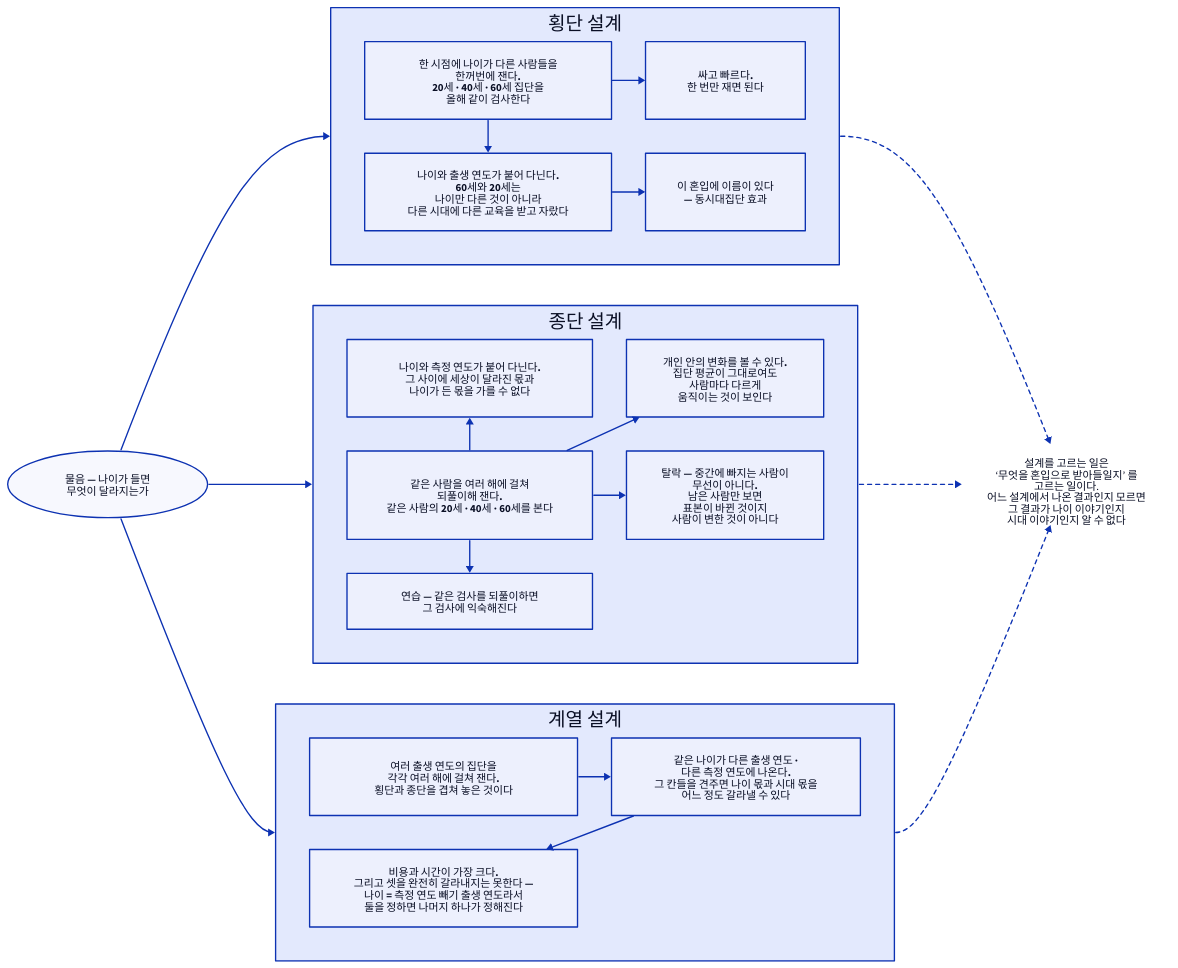
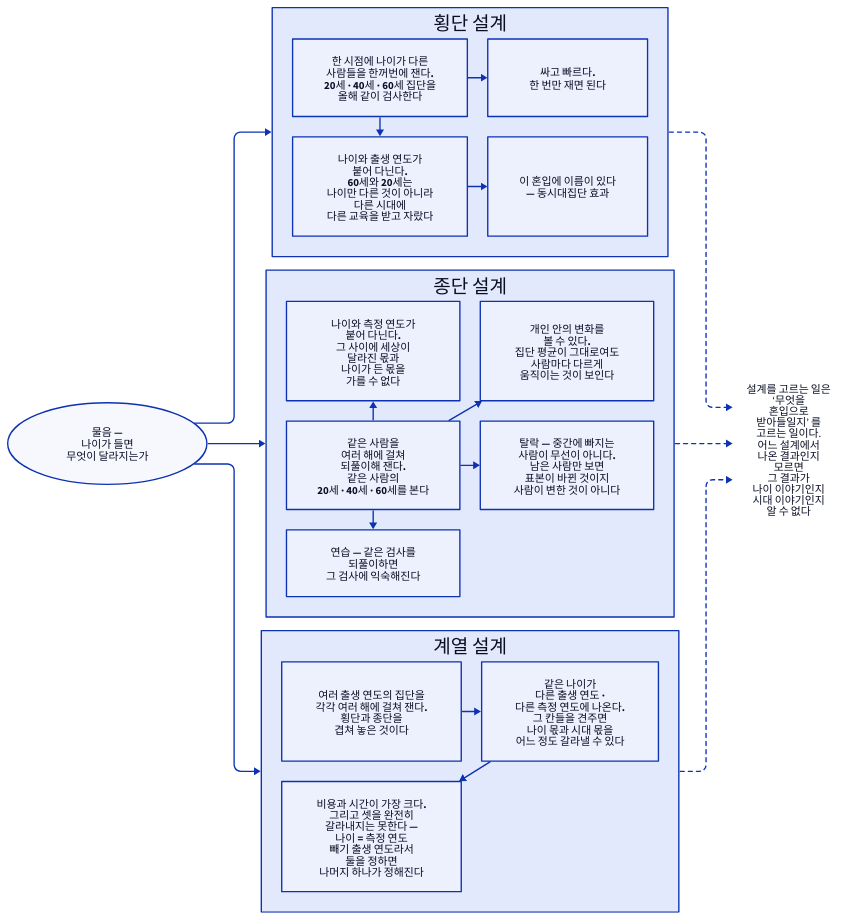
The diagram in d2/psychology/psy-d-three-designs.d2 (Dong-gi/Dong-gi.github.io), drawn with D2 before and after one commit. The commit also changed 315 other files, not shown here.

```diff
--- a/d2/psychology/psy-d-three-designs.d2
+++ b/d2/psychology/psy-d-three-designs.d2
@@ -1,65 +1,68 @@
 # 발달을 재는 세 설계 — 심리학 15장.
 #
 # 무엇을 읽어야 하나: 설계마다 나이와 붙어 다니는 것이 다르다는 것.
 # 어느 설계도 셋(나이 · 출생 연도 · 측정 연도)을 한꺼번에 갈라내지 못한다.
 #
 # 배치: 물음 → 세 설계 → 읽는 법 을 왼쪽에서 오른쪽으로 읽는다. 세 설계는 위아래로 쌓았다.
+# 2026-11 폭을 줄이려 상자 글을 더 접고 ELK 로 바꿨다(dagre 는 물음·읽는 법 양옆에 빈 칸을 크게 남긴다).
+# 세 설계를 나란히 세우면 종단 설계의 ‘방법 → 넷’ 이 다섯 칸 폭을 먹어 더 넓어진다.
+vars: { d2-config: { layout-engine: elk } }
 direction: right
 
 물음: {
-  label: "물음 — 나이가 들면\n무엇이 달라지는가"
+  label: "물음 —\n나이가 들면\n무엇이 달라지는가"
   shape: oval
   style.bold: true
 }
 
 횡단: {
   label: "횡단 설계"
   grid-rows: 2
   grid-columns: 2
-  grid-gap: 50
-  방법: { label: "한 시점에 나이가 다른 사람들을\n한꺼번에 잰다.\n20세 · 40세 · 60세 집단을\n올해 같이 검사한다" }
+  grid-gap: 30
+  방법: { label: "한 시점에 나이가 다른\n사람들을 한꺼번에 잰다.\n20세 · 40세 · 60세 집단을\n올해 같이 검사한다" }
   값: { label: "싸고 빠르다.\n한 번만 재면 된다" }
-  혼입: { label: "나이와 출생 연도가 붙어 다닌다.\n60세와 20세는\n나이만 다른 것이 아니라\n다른 시대에 다른 교육을 받고 자랐다"; style.bold: true }
+  혼입: { label: "나이와 출생 연도가\n붙어 다닌다.\n60세와 20세는\n나이만 다른 것이 아니라\n다른 시대에\n다른 교육을 받고 자랐다"; style.bold: true }
   이름: { label: "이 혼입에 이름이 있다\n— 동시대집단 효과" }
   방법 -> 값
   방법 -> 혼입 -> 이름
 }
 
 종단: {
   label: "종단 설계"
   grid-rows: 3
   grid-columns: 2
-  grid-gap: 50
-  혼입1: { label: "나이와 측정 연도가 붙어 다닌다.\n그 사이에 세상이 달라진 몫과\n나이가 든 몫을 가를 수 없다"; style.bold: true }
-  값: { label: "개인 안의 변화를 볼 수 있다.\n집단 평균이 그대로여도\n사람마다 다르게\n움직이는 것이 보인다" }
-  방법: { label: "같은 사람을 여러 해에 걸쳐\n되풀이해 잰다.\n같은 사람의 20세 · 40세 · 60세를 본다" }
-  혼입2: { label: "탈락 — 중간에 빠지는 사람이\n무선이 아니다.\n남은 사람만 보면\n표본이 바뀐 것이지\n사람이 변한 것이 아니다"; style.bold: true }
-  혼입3: { label: "연습 — 같은 검사를 되풀이하면\n그 검사에 익숙해진다" }
+  grid-gap: 30
+  혼입1: { label: "나이와 측정 연도가\n붙어 다닌다.\n그 사이에 세상이\n달라진 몫과\n나이가 든 몫을\n가를 수 없다"; style.bold: true }
+  값: { label: "개인 안의 변화를\n볼 수 있다.\n집단 평균이 그대로여도\n사람마다 다르게\n움직이는 것이 보인다" }
+  방법: { label: "같은 사람을\n여러 해에 걸쳐\n되풀이해 잰다.\n같은 사람의\n20세 · 40세 · 60세를 본다" }
+  혼입2: { label: "탈락 — 중간에 빠지는\n사람이 무선이 아니다.\n남은 사람만 보면\n표본이 바뀐 것이지\n사람이 변한 것이 아니다"; style.bold: true }
+  혼입3: { label: "연습 — 같은 검사를\n되풀이하면\n그 검사에 익숙해진다" }
   방법 -> 값
   방법 -> 혼입1
   방법 -> 혼입2
   방법 -> 혼입3
 }
 
 계열: {
   label: "계열 설계"
   grid-rows: 2
   grid-columns: 2
-  grid-gap: 50
-  방법: { label: "여러 출생 연도의 집단을\n각각 여러 해에 걸쳐 잰다.\n횡단과 종단을 겹쳐 놓은 것이다" }
-  값: { label: "같은 나이가 다른 출생 연도 ·\n다른 측정 연도에 나온다.\n그 칸들을 견주면 나이 몫과 시대 몫을\n어느 정도 갈라낼 수 있다"; style.bold: true }
-  대가: { label: "비용과 시간이 가장 크다.\n그리고 셋을 완전히 갈라내지는 못한다 —\n나이 = 측정 연도 빼기 출생 연도라서\n둘을 정하면 나머지 하나가 정해진다" }
+  grid-gap: 30
+  방법: { label: "여러 출생 연도의 집단을\n각각 여러 해에 걸쳐 잰다.\n횡단과 종단을\n겹쳐 놓은 것이다" }
+  값: { label: "같은 나이가\n다른 출생 연도 ·\n다른 측정 연도에 나온다.\n그 칸들을 견주면\n나이 몫과 시대 몫을\n어느 정도 갈라낼 수 있다"; style.bold: true }
+  대가: { label: "비용과 시간이 가장 크다.\n그리고 셋을 완전히\n갈라내지는 못한다 —\n나이 = 측정 연도\n빼기 출생 연도라서\n둘을 정하면\n나머지 하나가 정해진다" }
   방법 -> 값 -> 대가
 }
 
 읽는법: {
-  label: "　\n설계를 고르는 일은\n‘무엇을 혼입으로 받아들일지’ 를\n고르는 일이다.\n어느 설계에서 나온 결과인지 모르면\n그 결과가 나이 이야기인지\n시대 이야기인지 알 수 없다"
+  label: "　\n설계를 고르는 일은\n‘무엇을\n혼입으로\n받아들일지’ 를\n고르는 일이다.\n어느 설계에서\n나온 결과인지\n모르면\n그 결과가\n나이 이야기인지\n시대 이야기인지\n알 수 없다"
   shape: text
 }
 
 물음 -> 횡단
 물음 -> 종단
 물음 -> 계열
 횡단 -> 읽는법: { style.stroke-dash: 3 }
 종단 -> 읽는법: { style.stroke-dash: 3 }
 계열 -> 읽는법: { style.stroke-dash: 3 }
```
